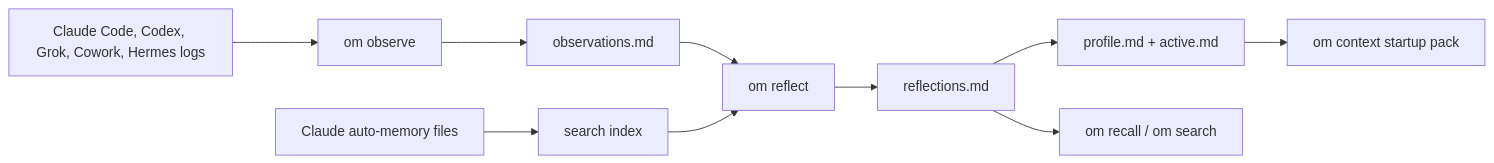
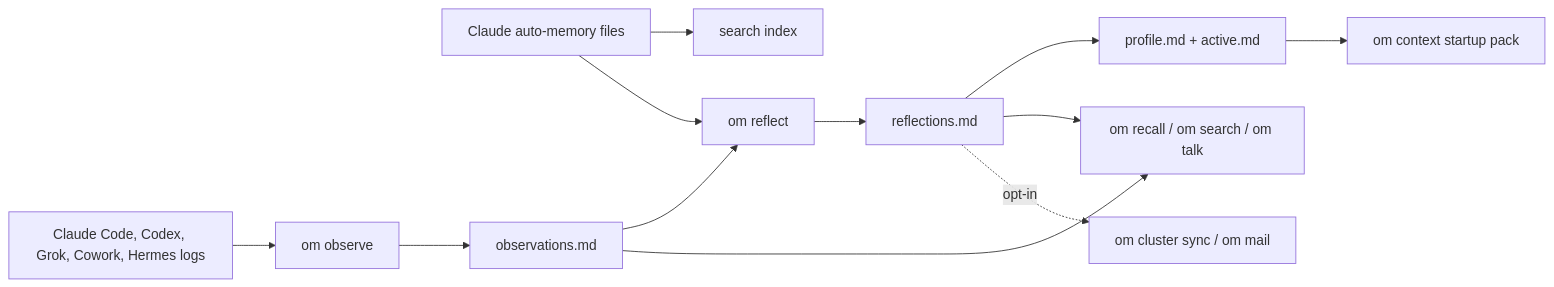
One commit to intertwine/observational-memory changed the diagram in README.md. Above: the diagram before and after it, drawn with Mermaid. The commit also changed other lines of this file and 12 other files, not shown here.

````diff
--- a/README.md
+++ b/README.md
@@ -81,12 +62,14 @@
 ```mermaid
 flowchart LR
     A["Claude Code, Codex, Grok, Cowork, Hermes logs"] --> B["om observe"]
     C["Claude auto-memory files"] --> D["search index"]
+    C --> F
     B --> E["observations.md"]
     E --> F["om reflect"]
-    D --> F
     F --> G["reflections.md"]
     G --> H["profile.md + active.md"]
     H --> I["om context startup pack"]
-    G --> J["om recall / om search"]
+    E --> J
+    G --> J["om recall / om search / om talk"]
+    G -. opt-in .-> K["om cluster sync / om mail"]
 ```
````
